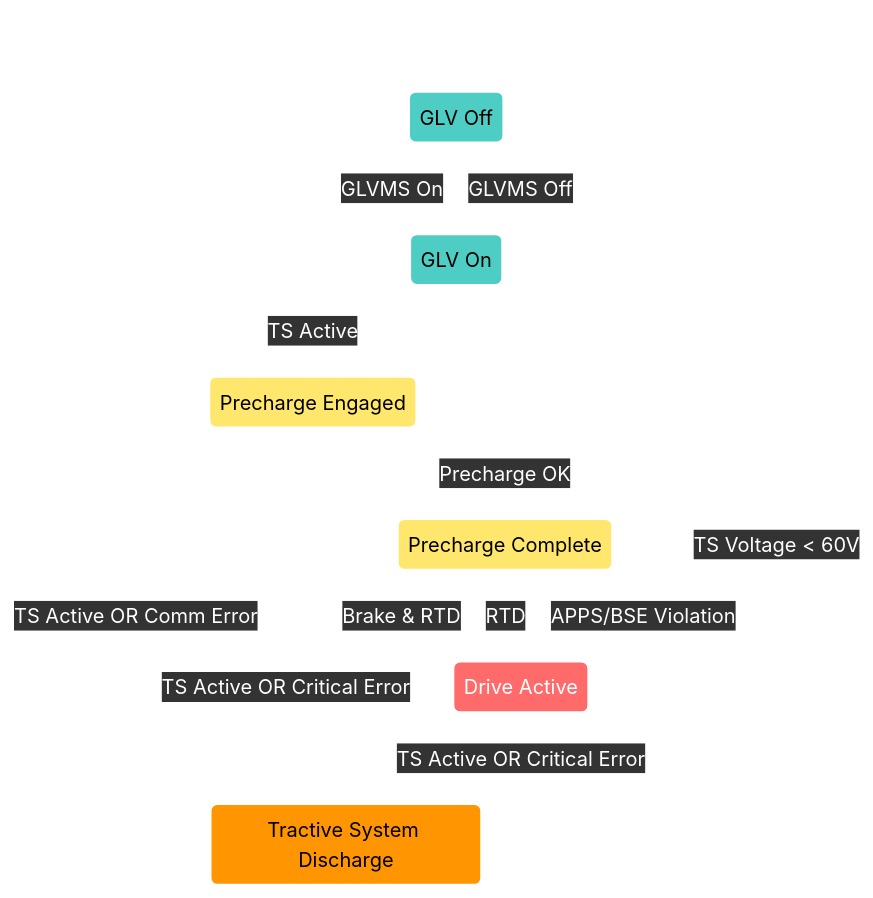
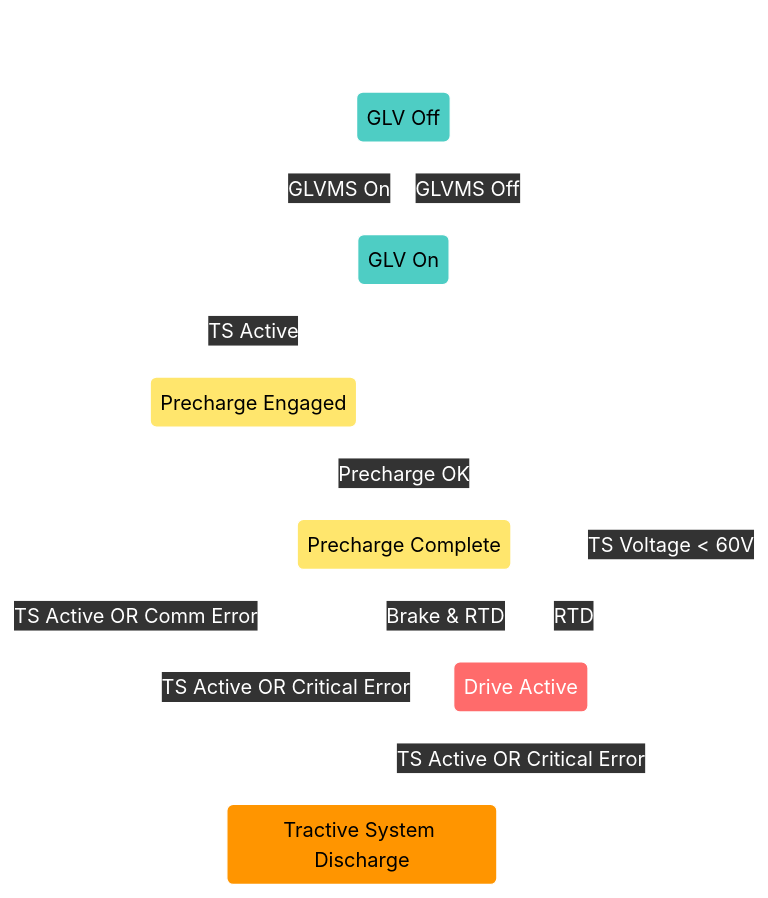
One commit to Gaucho-Racing/Firmware changed the diagram in Lib/GlobalShare/StateMachine.md. Above: the diagram before and after it, drawn with Mermaid. The commit also changed 1 other file, not shown here.

Commit message:
Fix State Machine Handling of BSE/APPS Violation (#101)
# State Machine Incorrect BSE/APPS Violation

## Problem and Scope
> is this the final state machine or just for example purposes?
>
> An APPS/BSE Violation should not reset the state to precharge complete
as that would require re-pressing RTD to engage the motor.
>
> During EV active tech, we are required to press the brake and
throttle, show that the motor cuts power, and then the throttle by
itself to show the motor spins immediately after with no faults.

## Description
Removes the BSE / APPS Violation arrow from the state machine mermaid.

## Gotchas and Limitations
Integral part of drive active to verify the proper behavior still

## Testing

- [ ] HOOTL testing
- [ ] HITL testing
- [x] Human tested

### Testing Details
Renders correctly

<img width="624" height="735" alt="image"
src="https://github.com/user-attachments/assets/c1f5808d-4be9-4610-ad26-56d12de85477"
/>

## Larger Impact
Part of a larger effort to implement the ECU

## Additional Context and Ticket
Resolves #98

````diff
--- a/Lib/GlobalShare/StateMachine.md
+++ b/Lib/GlobalShare/StateMachine.md
@@ -9,69 +9,68 @@
 ```mermaid
 %%{init: {
   'theme': 'base',
   'themeVariables': {
     'primaryColor': '#ff6b6b',
     'primaryTextColor': '#ffffff',
     'primaryBorderColor': '#ff6b6b',
     'lineColor': '#ffffff',
     'edgeLabelBackground': 'rgba(0,0,0,0.8)',
     'transitionColor': '#ffffff',
     'transitionLabelColor': '#ffffff',
     'secondaryColor': '#4ecdc4',
     'tertiaryColor': '#ffe66d',
     'background': '#000000',
     'mainBkg': '#000000',
     'secondBkg': '#000000',
     'tertiaryBkg': '#000000'
   }
 }}%%
 
 stateDiagram
 
     [*] --> GLV_Off
 
     %% Main horizontal flow (top row)
     GLV_Off --> GLV_On : GLVMS On
     GLV_On --> GLV_Off : GLVMS Off
     GLV_On --> Precharge_Engaged : TS Active
     Precharge_Engaged --> Precharge_Complete : Precharge OK
     Precharge_Complete --> Drive_Active : Brake & RTD
 
     %% Normal Operation Cycle (horizontal)
     Drive_Active --> Precharge_Complete : RTD
-    Drive_Active --> Precharge_Complete : APPS/BSE Violation
 
     %% Discharge state positioned below
     GLV_Off
     GLV_On
     Precharge_Engaged
     Precharge_Complete
     Drive_Active
     Tractive_System_Discharge
 
     %% Downward transitions to discharge
     Precharge_Engaged --> Tractive_System_Discharge : TS Active OR Comm Error
     Precharge_Complete --> Tractive_System_Discharge : TS Active OR Critical Error
     Drive_Active --> Tractive_System_Discharge : TS Active OR Critical Error
 
     %% Return upward from discharge
     Tractive_System_Discharge --> GLV_On : TS Voltage < 60V
 
     %% State Descriptions
     GLV_Off : GLV Off
     GLV_On : GLV On
     Precharge_Engaged : Precharge Engaged
     Precharge_Complete : Precharge Complete
     Drive_Active : Drive Active
     Tractive_System_Discharge : Tractive System Discharge
 
     classDef safeState fill:#4ecdc4,stroke:#ffffff,stroke-width:1px,color:#000
     classDef hvState fill:#ff6b6b,stroke:#ffffff,stroke-width:1px,color:#fff
     classDef transitionState fill:#ffe66d,stroke:#ffffff,stroke-width:1px,color:#000
     classDef dischargeState fill:#ff9500,stroke:#ffffff,stroke-width:1px,color:#000
 
     class GLV_Off,GLV_On safeState
     class Drive_Active hvState
     class Precharge_Engaged,Precharge_Complete transitionState
     class Tractive_System_Discharge dischargeState
 ```
````
